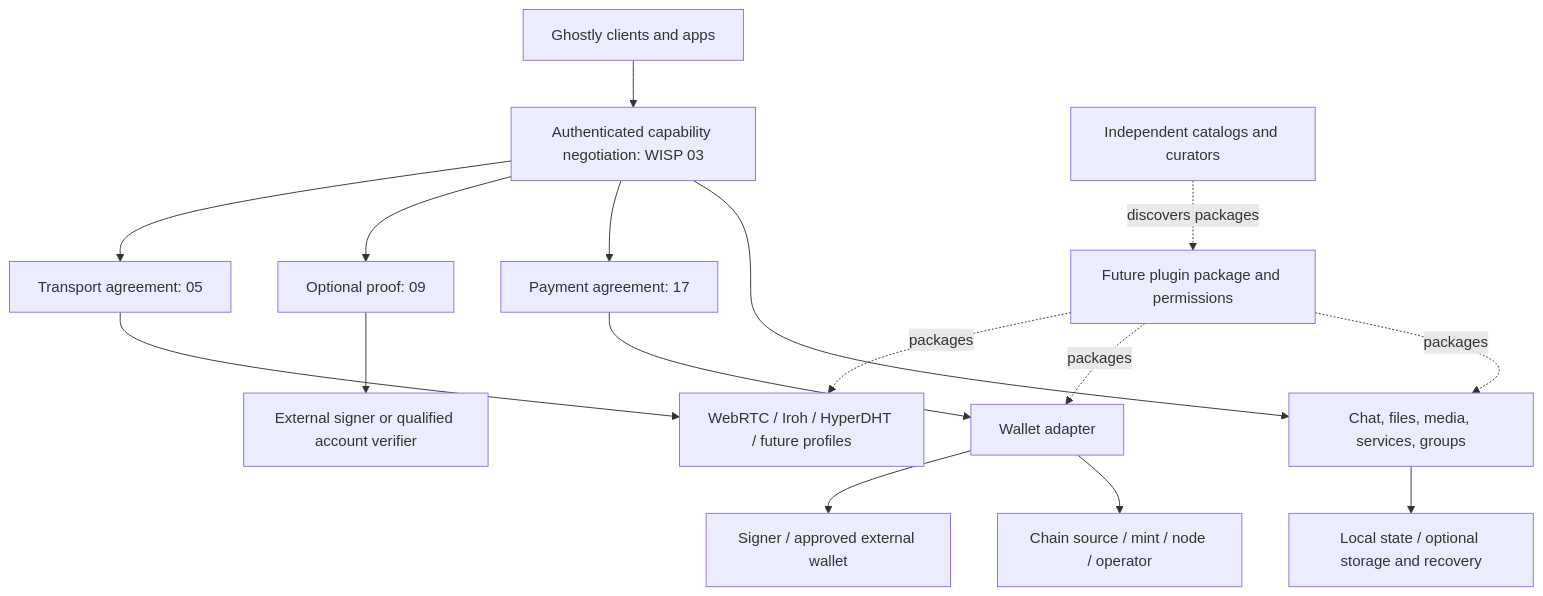
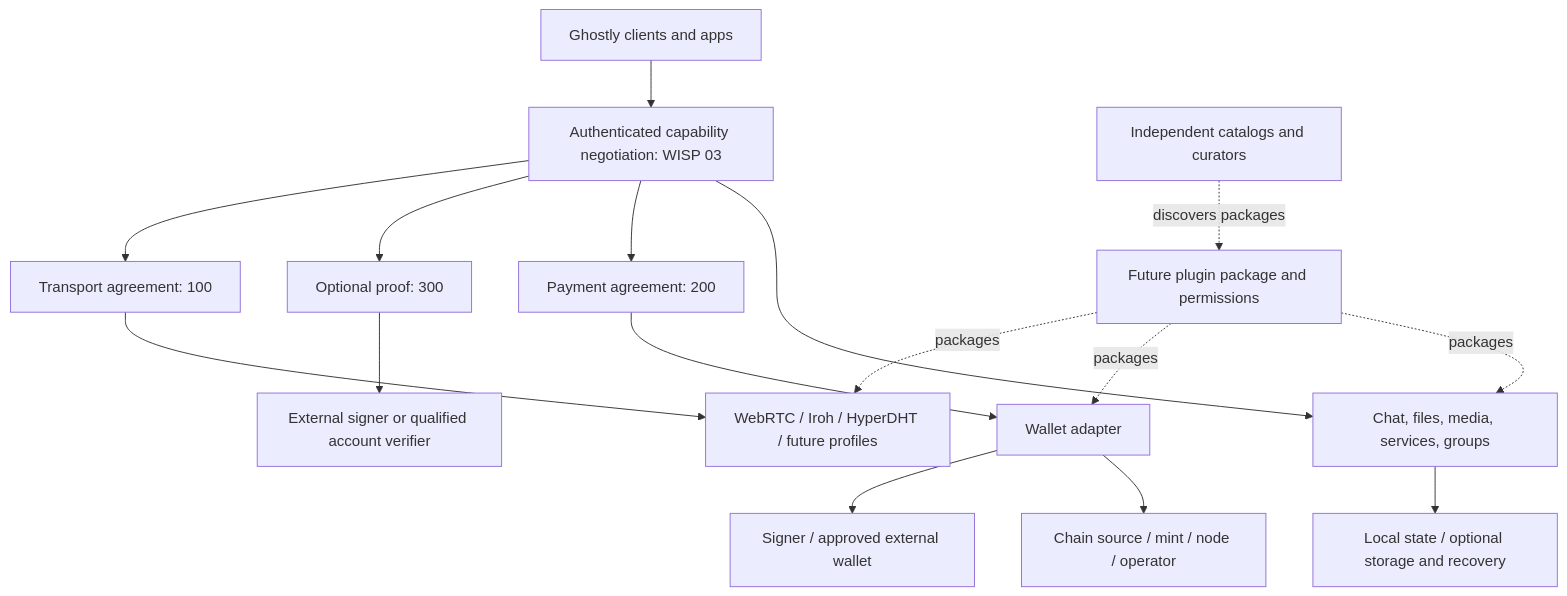
One commit to MiguelMedeiros/ghostly changed the diagram in docs/wisps/ADAPTER-ROADMAP.md. Above: the diagram before and after it, drawn with Mermaid. The commit also changed other lines of this file and 89 other files, not shown here.

````diff
--- a/docs/wisps/ADAPTER-ROADMAP.md
+++ b/docs/wisps/ADAPTER-ROADMAP.md
@@ -61,18 +61,18 @@
 ```mermaid
 flowchart TD
   UX[Ghostly clients and apps] --> CAP[Authenticated capability negotiation: WISP 03]
-  CAP --> TR[Transport agreement: 05]
-  CAP --> ID[Optional proof: 09]
-  CAP --> PAY[Payment agreement: 17]
+  CAP --> TR[Transport agreement: 100]
+  CAP --> ID[Optional proof: 300]
+  CAP --> PAY[Payment agreement: 200]
   CAP --> APP[Chat, files, media, services, groups]
   TR --> TA[WebRTC / Iroh / HyperDHT / future profiles]
   ID --> IA[External signer or qualified account verifier]
   PAY --> WA[Wallet adapter]
   WA --> SG[Signer / approved external wallet]
   WA --> CS[Chain source / mint / node / operator]
   APP --> DATA[Local state / optional storage and recovery]
   PL[Future plugin package and permissions] -. packages .-> TA
   PL -. packages .-> WA
   PL -. packages .-> APP
   CAT[Independent catalogs and curators] -. discovers packages .-> PL
 ```
````
